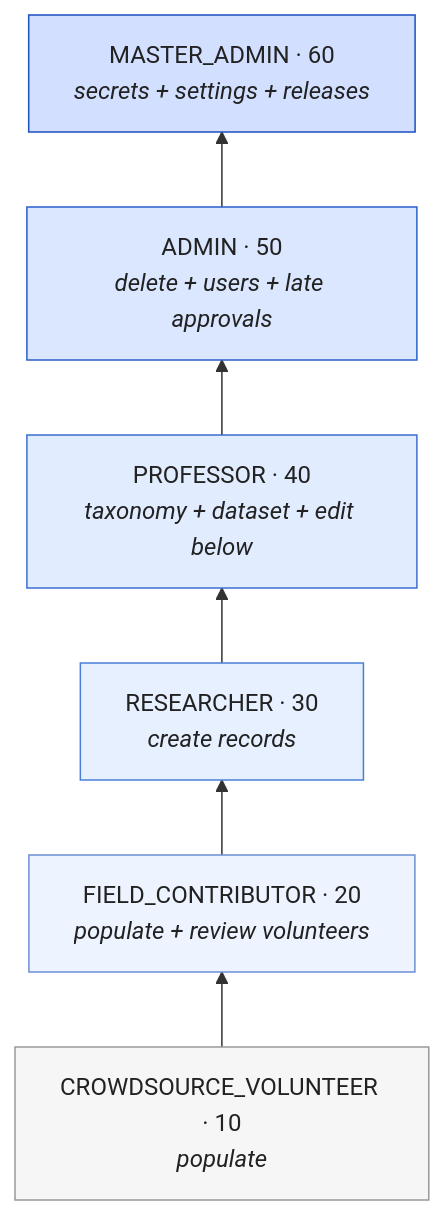
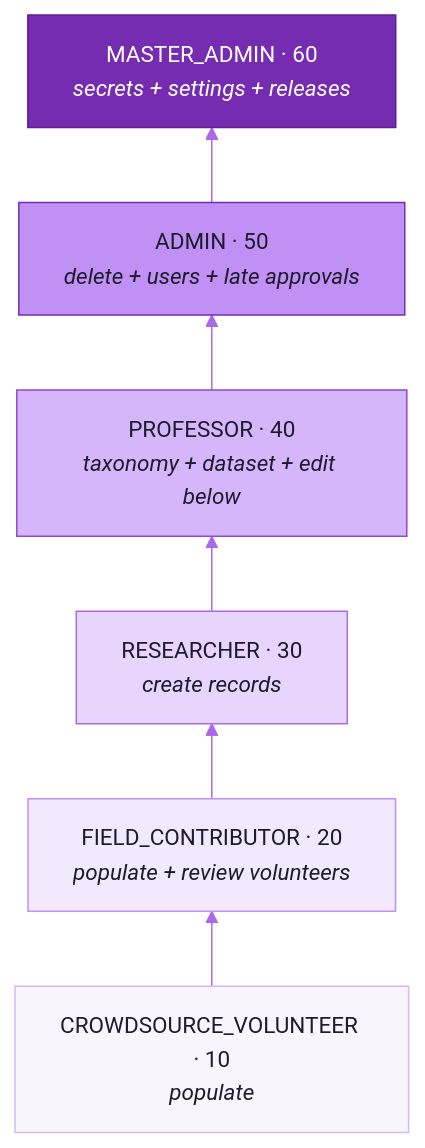
One commit to cxacraftecosystem-ui/documentation-portal changed the first of 6 diagrams in docs/PERMISSIONS.md. Above: the diagram before and after it, drawn with Mermaid. The commit also changed other lines of this file and 106 other files, not shown here.

First line of the commit message:
README showcase: the front page rebuilt on the README kit (copied from designer-portal) with Field Repository content, the readme-check workflow, every docs diagram themed, and the docs brought to 0.0.10

````diff
--- a/docs/PERMISSIONS.md
+++ b/docs/PERMISSIONS.md
@@ -22,18 +22,19 @@
 ```mermaid
+%%{init: {"theme":"base","themeVariables":{"fontFamily":"Inter, ui-sans-serif, system-ui, -apple-system, Segoe UI, Roboto, Helvetica, Arial, sans-serif","fontSize":"15px","primaryColor":"#F2E9FE","primaryTextColor":"#1E1B2E","primaryBorderColor":"#9148D2","secondaryColor":"#FAEECD","secondaryTextColor":"#1E1B2E","secondaryBorderColor":"#CD9200","tertiaryColor":"#F3F1FA","tertiaryTextColor":"#1E1B2E","tertiaryBorderColor":"#A7A3BC","mainBkg":"#F2E9FE","nodeBorder":"#9148D2","nodeTextColor":"#1E1B2E","lineColor":"#AA69E9","textColor":"#857F9E","edgeLabelBackground":"#F9F5FF","clusterBkg":"#F9F5FF","clusterBorder":"#D6B6FB","titleColor":"#762CB1","noteBkgColor":"#FAEECD","noteTextColor":"#1E1B2E","noteBorderColor":"#CD9200","actorBkg":"#F2E9FE","actorBorder":"#9148D2","actorTextColor":"#1E1B2E","actorLineColor":"#AA69E9","signalColor":"#AA69E9","signalTextColor":"#857F9E","labelBoxBkgColor":"#F2E9FE","labelBoxBorderColor":"#9148D2","labelTextColor":"#1E1B2E","loopTextColor":"#857F9E","activationBkgColor":"#E7D5FE","activationBorderColor":"#9148D2","sequenceNumberColor":"#FFFFFF","transitionColor":"#AA69E9","transitionLabelColor":"#857F9E","stateLabelColor":"#1E1B2E","stateBkg":"#F2E9FE","compositeBackground":"#F9F5FF","compositeTitleBackground":"#F2E9FE","attributeBackgroundColorOdd":"#FFFFFF","attributeBackgroundColorEven":"#F9F5FF","relationColor":"#AA69E9","relationLabelBackground":"#F9F5FF","relationLabelColor":"#1E1B2E"}}}%%
 flowchart BT
   V["CROWDSOURCE_VOLUNTEER · 10<br/><i>populate</i>"]
   F["FIELD_CONTRIBUTOR · 20<br/><i>populate + review volunteers</i>"]
   R["RESEARCHER · 30<br/><i>create records</i>"]
   P["PROFESSOR · 40<br/><i>taxonomy + dataset + edit below</i>"]
   A["ADMIN · 50<br/><i>delete + users + late approvals</i>"]
   M["MASTER_ADMIN · 60<br/><i>secrets + settings + releases</i>"]
 
   V --> F --> R --> P --> A --> M
 
-  style V fill:#f6f6f6,stroke:#999,color:#222
-  style F fill:#eef4ff,stroke:#6b8fd6,color:#222
-  style R fill:#e6f0ff,stroke:#4a7fd6,color:#222
-  style P fill:#e2ecff,stroke:#3a6fd0,color:#222
-  style A fill:#dbe6ff,stroke:#2a5fc8,color:#222
-  style M fill:#d2dfff,stroke:#1a4fbe,color:#222
+  style V fill:#F9F5FF,stroke:#D6B6FB,color:#1E1B2E
+  style F fill:#F2E9FE,stroke:#C090F5,color:#1E1B2E
+  style R fill:#E7D5FE,stroke:#AA69E9,color:#1E1B2E
+  style P fill:#D6B6FB,stroke:#9148D2,color:#1E1B2E
+  style A fill:#C090F5,stroke:#762CB1,color:#1E1B2E
+  style M fill:#762CB1,stroke:#5F1C93,color:#FFFFFF
 ```
````
